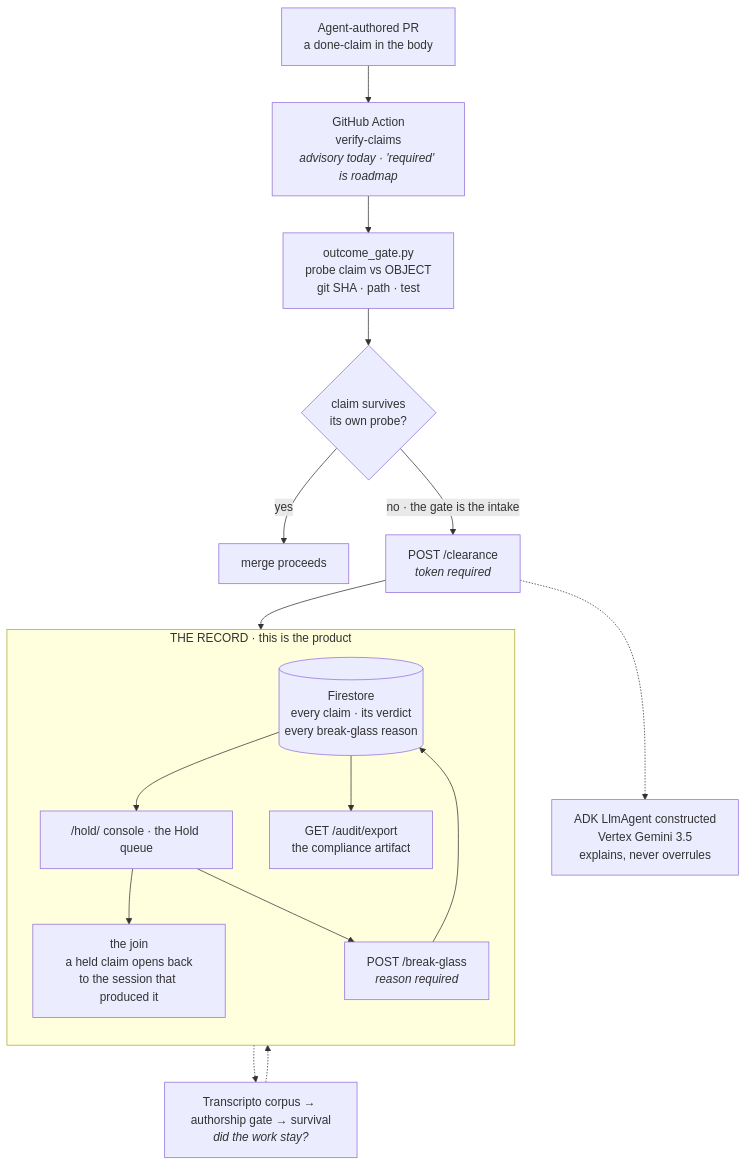
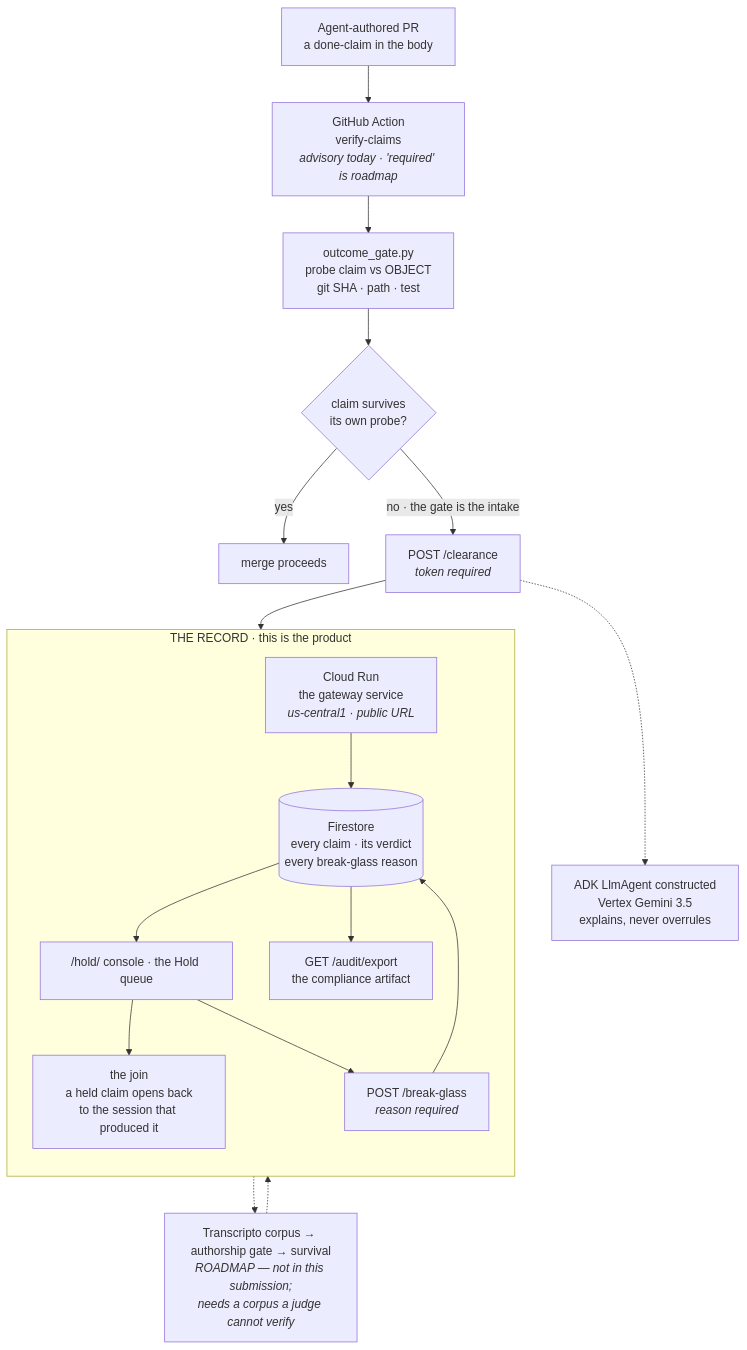
Before and after one commit to Morkeeth/agent-work-record-witness-ata: the diagram in docs/ARCHITECTURE.md, drawn with Mermaid. The commit also changed 1 other file, not shown here.

Commit message:
arch: put Cloud Run on the request path; demo ends on the record
Rendered the diagram and looked at it, which is how all three of these
were found; none is visible in correct source.

- Cloud Run appeared NOWHERE in the diagram. The rubric hard-requires a
  Google Cloud infrastructure service and scores 'Cloud Deployment
  Proof' at 30%. The RECORD subgraph floated with no host. It is now a
  node on the request path, so all three Google boxes -- Cloud Run,
  Firestore, ADK/Vertex Gemini -- are in one frame.
- First attempt put it in the subgraph title. Mermaid does not wrap
  subgraph titles: it rendered as 'Cloud Run service + Firestore, ...'
  clipped at the box edge. Made it a node instead.
- The Transcripto lane read as a live dependency. It needs a corpus a
  judge cannot verify, so it is now labelled ROADMAP.

demo.sh ended by pointing at the gate, contradicting the 2026-08-27
ruling in hack.md: 'The product is THE RECORD. The gate is a feature
inside it.' It now closes on the record, the console and the export.

Claude-Session: https://claude.ai/code/session_01DyBzeA6utiZUB3yUztGStY

````diff
--- a/docs/ARCHITECTURE.md
+++ b/docs/ARCHITECTURE.md
@@ -18,32 +18,34 @@
 ```mermaid
 flowchart TB
   PR["Agent-authored PR<br/>a done-claim in the body"]
   A["GitHub Action<br/>verify-claims<br/><i>advisory today · 'required' is roadmap</i>"]
   P["outcome_gate.py<br/>probe claim vs OBJECT<br/>git SHA · path · test"]
   V{"claim survives<br/>its own probe?"}
   M["merge proceeds"]
   CL["POST /clearance<br/><i>token required</i>"]
 
   subgraph Product["THE RECORD · this is the product"]
     direction TB
+    CR["Cloud Run<br/>the gateway service<br/><i>us-central1 · public URL</i>"]
     FS[("Firestore<br/>every claim · its verdict<br/>every break-glass reason")]
+    CR --> FS
     Q["/hold/ console · the Hold queue"]
     JOIN["the join<br/>a held claim opens back<br/>to the session that produced it"]
     EX["GET /audit/export<br/>the compliance artifact"]
     BG["POST /break-glass<br/><i>reason required</i>"]
     FS --> Q --> JOIN
     FS --> EX
     Q --> BG --> FS
   end
 
   AG["ADK LlmAgent constructed<br/>Vertex Gemini 3.5<br/>explains, never overrules"]
-  SV["Transcripto corpus → authorship gate → survival<br/><i>did the work stay?</i>"]
+  SV["Transcripto corpus → authorship gate → survival<br/><i>ROADMAP — not in this submission;<br/>needs a corpus a judge cannot verify</i>"]
 
   PR --> A --> P --> V
   V -- "yes" --> M
   V -- "no · the gate is the intake" --> CL
-  CL --> FS
+  CL --> CR
   CL -.-> AG
   JOIN -.-> SV
   SV -.-> Q
 ```
````
